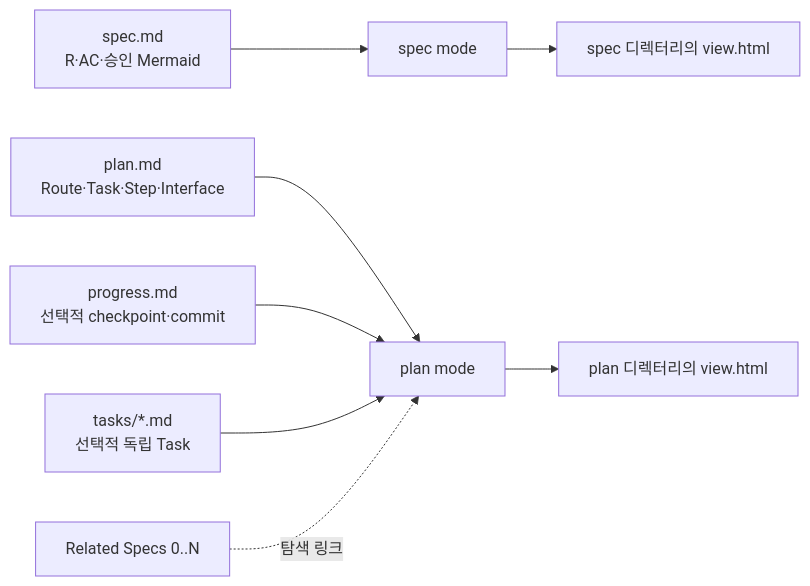
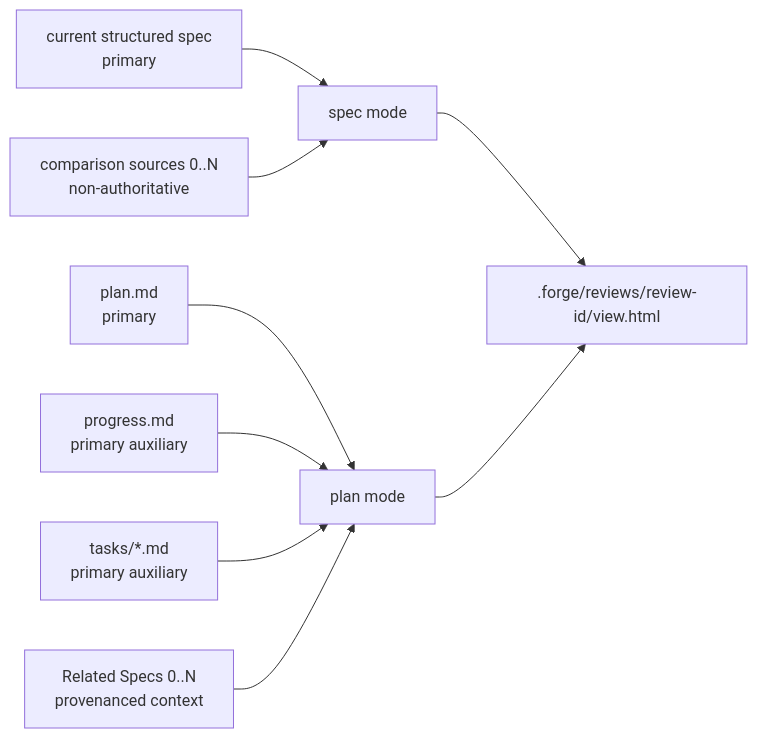
One commit to hope1026/aiagent-plugins changed the second of 4 diagrams in docs/specs/002-lifecycle-review-viewer/spec.md. Above: the diagram before and after it, drawn with Mermaid. The commit also changed other lines of this file and 74 other files, not shown here.

Commit message:
feat(forge): atomically migrate structured specs

````diff
--- a/docs/specs/002-lifecycle-review-viewer/spec.md
+++ b/docs/specs/002-lifecycle-review-viewer/spec.md
@@ -174,10 +153,11 @@
 ```mermaid
 flowchart LR
-    S[spec.md<br/>R·AC·승인 Mermaid] --> SM[spec mode]
-    P[plan.md<br/>Route·Task·Step·Interface] --> PM[plan mode]
-    L[progress.md<br/>선택적 checkpoint·commit] --> PM
-    T[tasks/*.md<br/>선택적 독립 Task] --> PM
-    RS[Related Specs 0..N] -. 탐색 링크 .-> PM
-    SM --> V1[spec 디렉터리의 view.html]
-    PM --> V2[plan 디렉터리의 view.html]
+    S[current structured spec<br/>primary] --> SM[spec mode]
+    C[comparison sources 0..N<br/>non-authoritative] --> SM
+    P[plan.md<br/>primary] --> PM[plan mode]
+    L[progress.md<br/>primary auxiliary] --> PM
+    T[tasks/*.md<br/>primary auxiliary] --> PM
+    RS[Related Specs 0..N<br/>provenanced context] --> PM
+    SM --> V[.forge/reviews/review-id/view.html]
+    PM --> V
 ```
````
